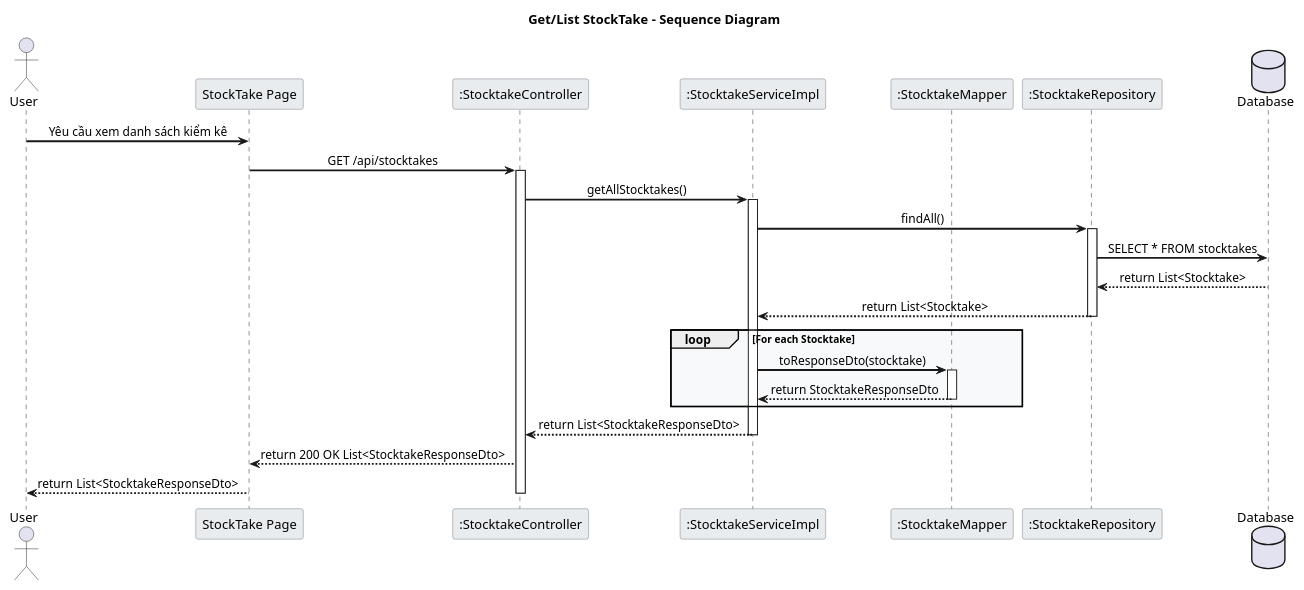
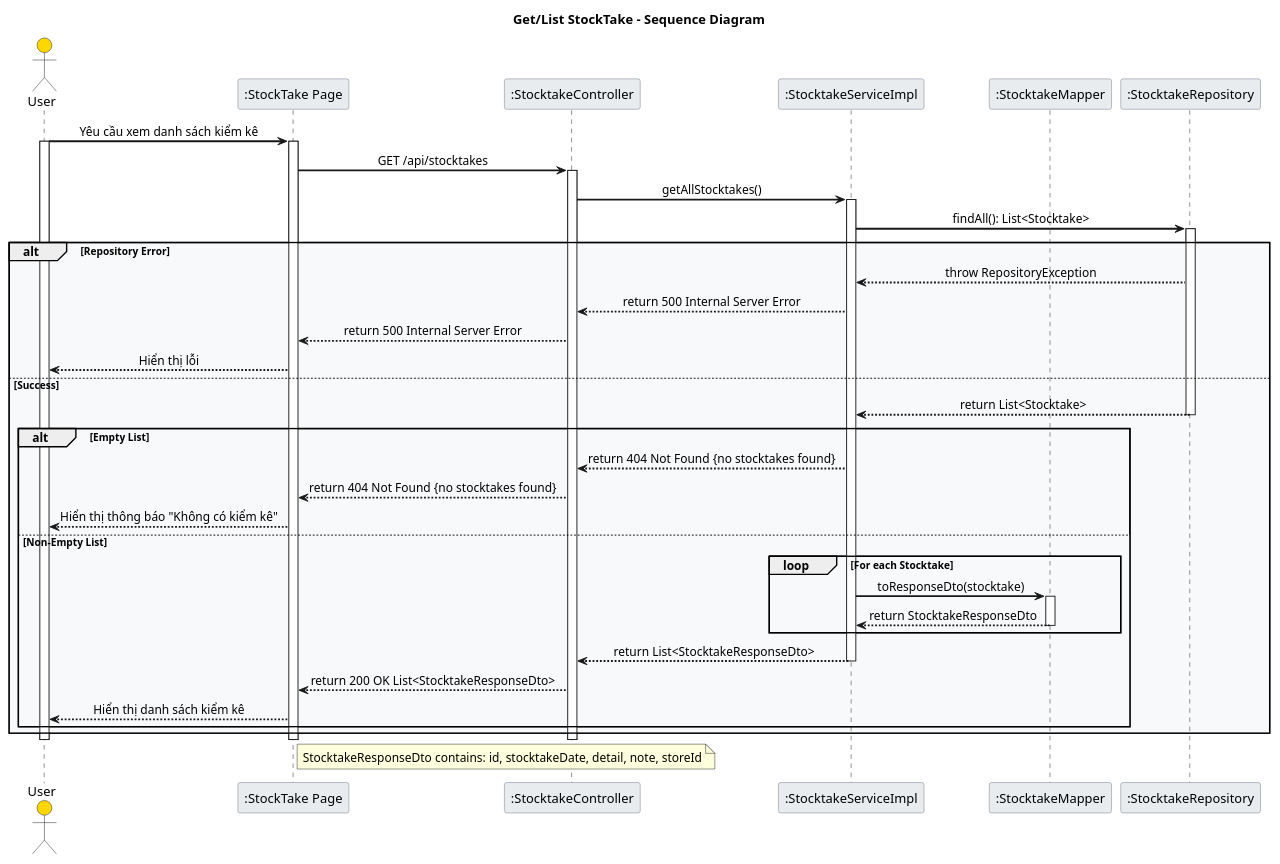
The diagram in Stocktake_Read_Sequence.puml (LamVNT/Farmovo), drawn with PlantUML before and after one commit. The commit also changed 25 other files, not shown here.

Commit message:
Fix Logic StockTake, Create Test Category and StockTake

```diff
--- a/Stocktake_Read_Sequence.puml
+++ b/Stocktake_Read_Sequence.puml
@@ -1,46 +1,64 @@
 @startuml Stocktake_Read_Sequence
 
 skinparam backgroundColor white
 skinparam sequenceArrowThickness 2
 skinparam sequenceMessageAlign center
 skinparam sequenceGroupBodyBackgroundColor #F8F9FA
 skinparam sequenceParticipantBorderColor #6C757D
 skinparam sequenceParticipantBackgroundColor #E9ECEF
 skinparam sequenceLifeLineStroke dash
+skinparam actorBackgroundColor #FFD700
 
 title Get/List StockTake - Sequence Diagram
 
 actor User
-participant "StockTake Page" as UI
+participant ":StockTake Page" as UI
 participant ":StocktakeController" as CC
 participant ":StocktakeServiceImpl" as CS
 participant ":StocktakeMapper" as CM
 participant ":StocktakeRepository" as CR
-database "Database" as DB
 
-User -> UI : Yêu cầu xem danh sách kiểm kê
-UI -> CC : GET /api/stocktakes
+User -> UI: Yêu cầu xem danh sách kiểm kê
+activate User
+activate UI
+UI -> CC: GET /api/stocktakes
 activate CC
-
-CC -> CS : getAllStocktakes()
+CC -> CS: getAllStocktakes()
 activate CS
-CS -> CR : findAll()
+CS -> CR: findAll(): List<Stocktake>
 activate CR
-CR -> DB : SELECT * FROM stocktakes
-DB --> CR : return List<Stocktake>
-CR --> CS : return List<Stocktake>
-deactivate CR
-
-loop For each Stocktake
-    CS -> CM : toResponseDto(stocktake)
-    activate CM
-    CM --> CS : return StocktakeResponseDto
-    deactivate CM
+alt Repository Error
+    CR --> CS: throw RepositoryException
+    CS --> CC: return 500 Internal Server Error
+    CC --> UI: return 500 Internal Server Error
+    UI --> User: Hiển thị lỗi
+else Success
+    CR --> CS: return List<Stocktake>
+    deactivate CR
+    alt Empty List
+        CS --> CC: return 404 Not Found {no stocktakes found}
+        CC --> UI: return 404 Not Found {no stocktakes found}
+        UI --> User: Hiển thị thông báo "Không có kiểm kê"
+    else Non-Empty List
+        loop For each Stocktake
+            CS -> CM: toResponseDto(stocktake)
+            activate CM
+            CM --> CS: return StocktakeResponseDto
+            deactivate CM
+        end
+        CS --> CC: return List<StocktakeResponseDto>
+        deactivate CS
+        CC --> UI: return 200 OK List<StocktakeResponseDto>
+        UI --> User: Hiển thị danh sách kiểm kê
+    end
 end
 
-CS --> CC : return List<StocktakeResponseDto>
-deactivate CS
-CC --> UI : return 200 OK List<StocktakeResponseDto>
-UI --> User : return List<StocktakeResponseDto>
 deactivate CC
-@enduml 
+deactivate UI
+deactivate User
+
+note right of UI
+    StocktakeResponseDto contains: id, stocktakeDate, detail, note, storeId
+end note
+
+@enduml
```
